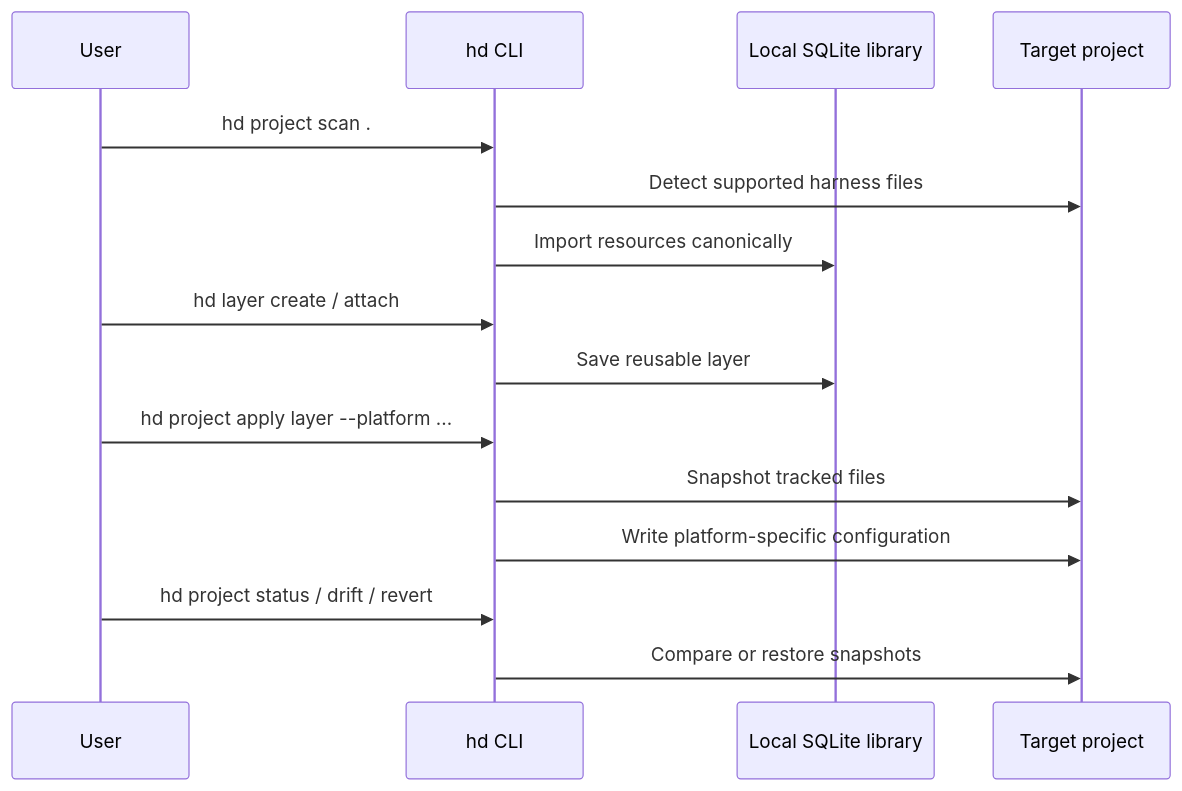
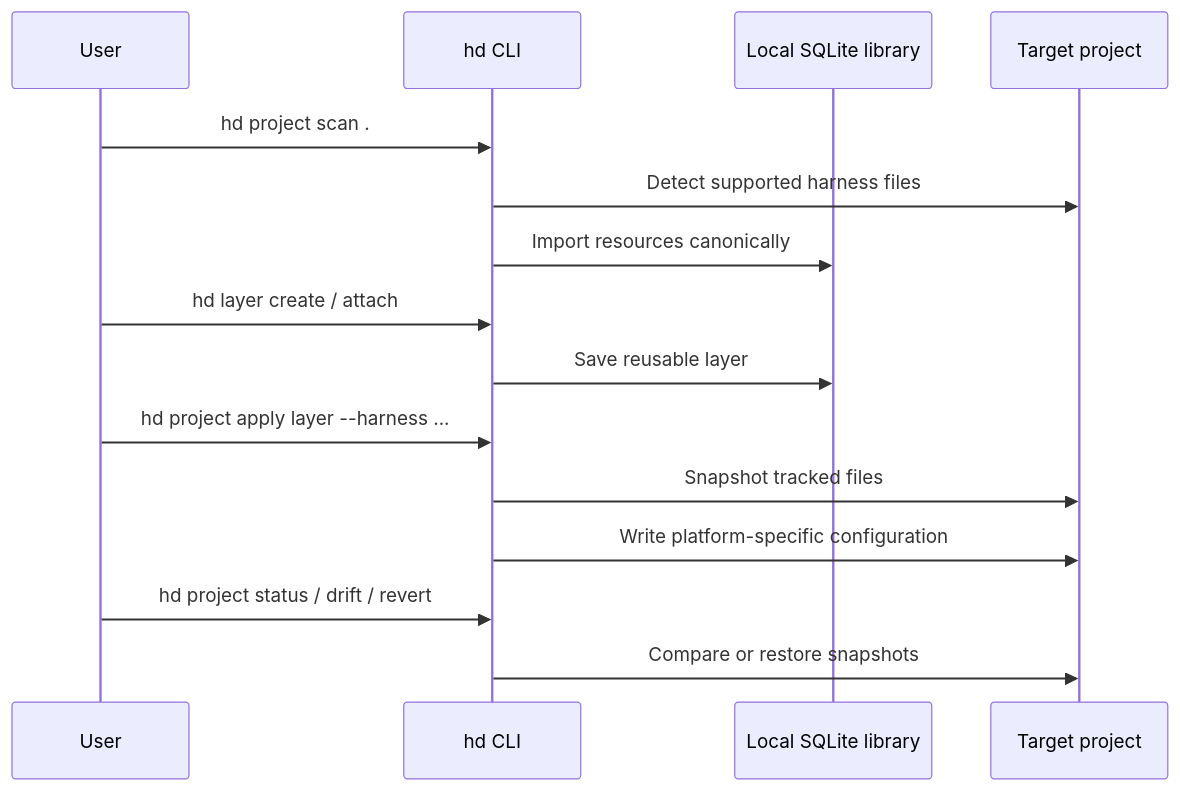
The second of 3 diagrams in README.md (harnesstap/harnesstap), drawn with Mermaid before and after one commit. The commit also changed other lines of this file and 5 other files, not shown here.

````diff
--- a/README.md
+++ b/README.md
@@ -233,18 +251,18 @@
 ```mermaid
 sequenceDiagram
   participant User
   participant CLI as hd CLI
   participant DB as Local SQLite library
   participant Project as Target project
 
   User->>CLI: hd project scan .
   CLI->>Project: Detect supported harness files
   CLI->>DB: Import resources canonically
   User->>CLI: hd layer create / attach
   CLI->>DB: Save reusable layer
-  User->>CLI: hd project apply layer --platform ...
+  User->>CLI: hd project apply layer --harness ...
   CLI->>Project: Snapshot tracked files
   CLI->>Project: Write platform-specific configuration
   User->>CLI: hd project status / drift / revert
   CLI->>Project: Compare or restore snapshots
 ```
````
